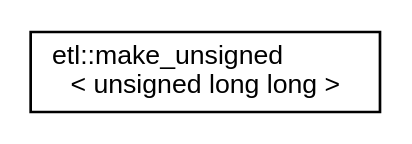
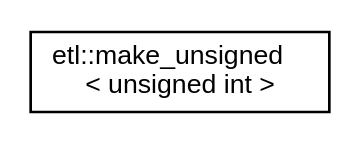
One commit to tobanteAudio/taetl changed the diagram in inherit_graph_54.dot. Above: the diagram before and after it, drawn with Graphviz. The commit also changed 162 other files, not shown here.

```diff
--- a/inherit_graph_54.dot
+++ b/inherit_graph_54.dot
@@ -1,7 +1,7 @@
 digraph "Graphical Class Hierarchy"
 {
   edge [fontname="Helvetica",fontsize="10",labelfontname="Helvetica",labelfontsize="10"];
   node [fontname="Helvetica",fontsize="10",shape=record];
   rankdir="LR";
-  Node0 [label="etl::make_unsigned\l\< unsigned long long \>",height=0.2,width=0.4,color="black", fillcolor="white", style="filled",URL="$structetl_1_1make__unsigned_3_01unsigned_01long_01long_01_4.html"];
+  Node0 [label="etl::make_unsigned\l\< unsigned int \>",height=0.2,width=0.4,color="black", fillcolor="white", style="filled",URL="$structetl_1_1make__unsigned_3_01unsigned_01int_01_4.html"];
 }
```
